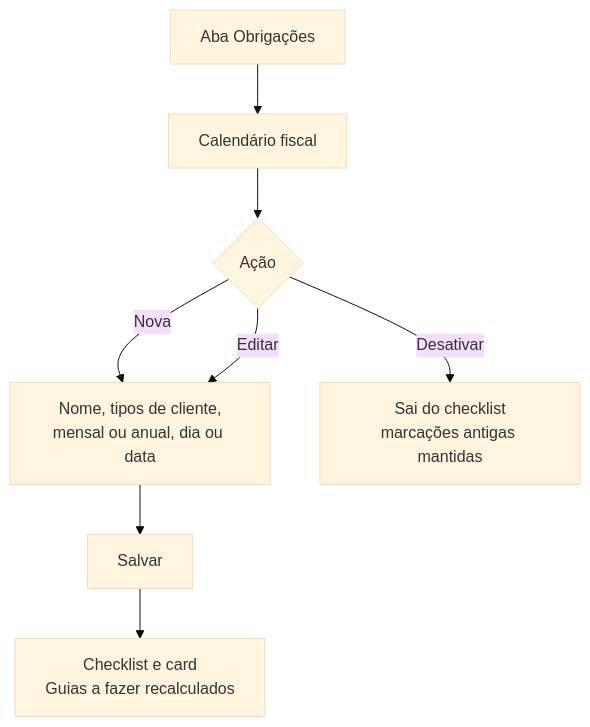
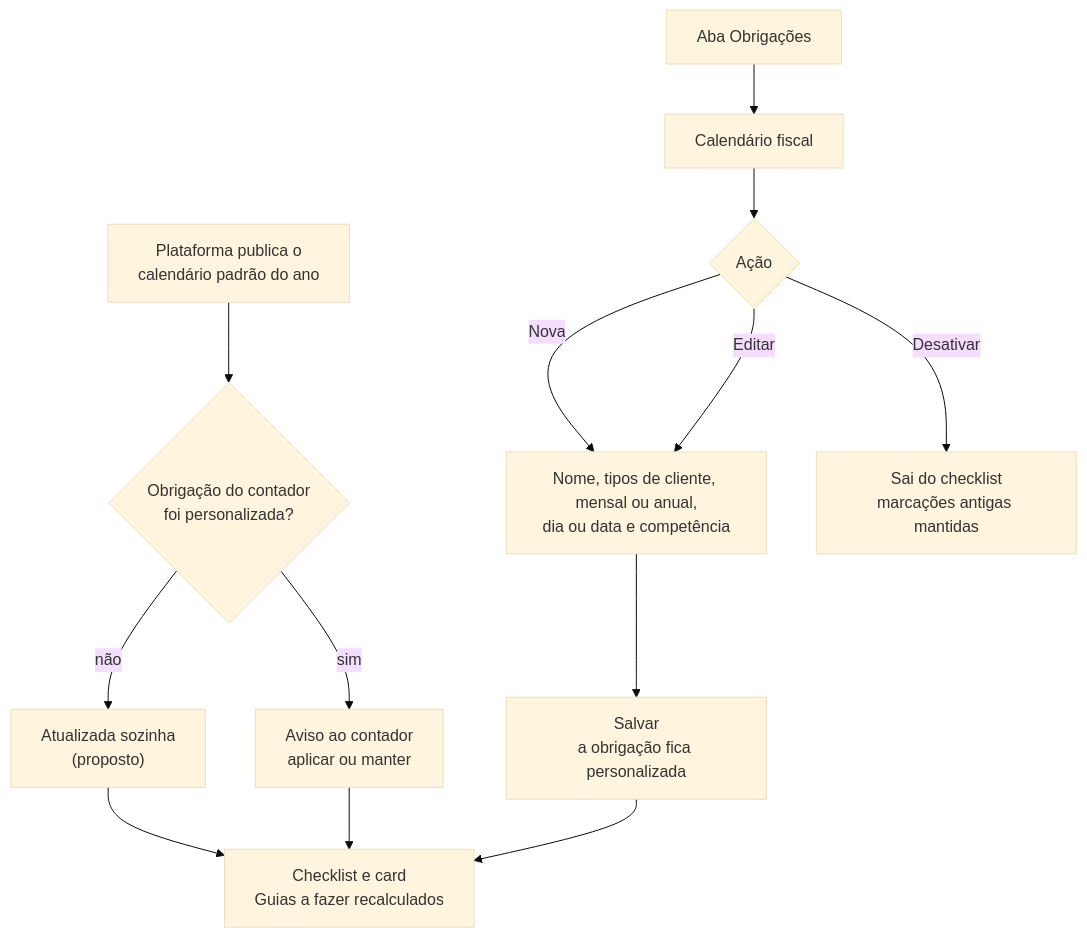
Before and after one commit to 77mdias/neximob: diagram 17 of 19 in docs/Mapa de fluxo.md, drawn with Mermaid (base theme). The commit also changed other lines of this file and 4 other files, not shown here.

````diff
--- a/docs/Mapa de fluxo.md
+++ b/docs/Mapa de fluxo.md
@@ -448,10 +454,15 @@
 ```mermaid
 flowchart TD
+    P["Plataforma publica o<br/>calendário padrão do ano"] --> AT{"Obrigação do contador<br/>foi personalizada?"}
+    AT -- "não" --> UP["Atualizada sozinha<br/>(proposto)"]
+    AT -- "sim" --> AV["Aviso ao contador<br/>aplicar ou manter"]
     A["Aba Obrigações"] --> B["Calendário fiscal"]
     B --> C{"Ação"}
-    C -- "Nova" --> D["Nome, tipos de cliente,<br/>mensal ou anual, dia ou data"]
+    C -- "Nova" --> D["Nome, tipos de cliente, mensal ou anual,<br/>dia ou data e competência"]
     C -- "Editar" --> D
     C -- "Desativar" --> X["Sai do checklist<br/>marcações antigas mantidas"]
-    D --> E["Salvar"]
+    D --> E["Salvar<br/>a obrigação fica personalizada"]
     E --> F["Checklist e card<br/>Guias a fazer recalculados"]
+    UP --> F
+    AV --> F
 ```
````
